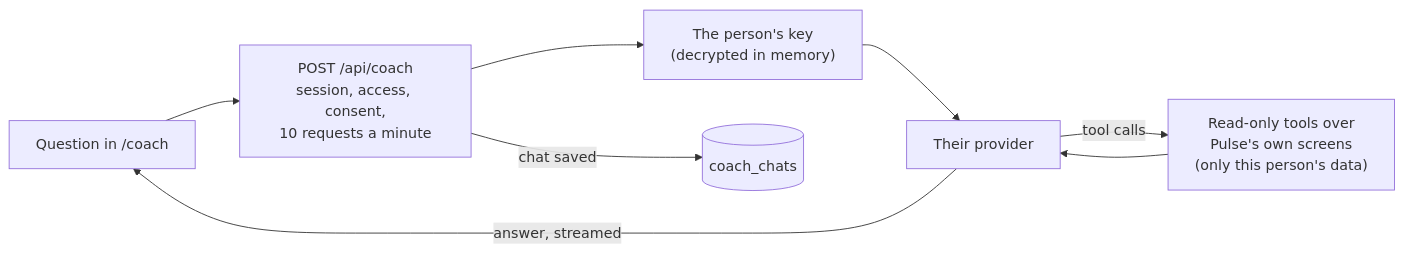
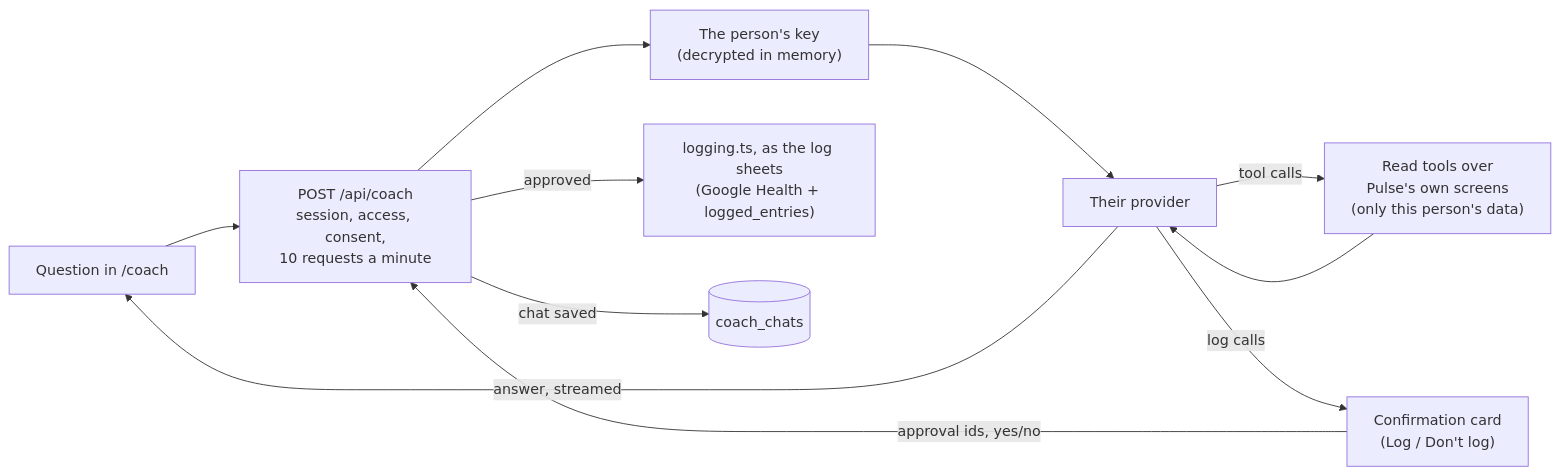
The third of 3 diagrams in docs/technical-details.md (Ajamuar/pulse), drawn with Mermaid before and after one commit. The commit also changed other lines of this file and 23 other files, not shown here.

````diff
--- a/docs/technical-details.md
+++ b/docs/technical-details.md
@@ -66,10 +66,13 @@
 ```mermaid
 flowchart LR
   Q["Question in /coach"] --> R["POST /api/coach<br/>session, access, consent,<br/>10 requests a minute"]
   R --> K["The person's key<br/>(decrypted in memory)"]
   K --> P["Their provider"]
-  P -- "tool calls" --> T["Read-only tools over<br/>Pulse's own screens<br/>(only this person's data)"]
+  P -- "tool calls" --> T["Read tools over<br/>Pulse's own screens<br/>(only this person's data)"]
   T --> P
+  P -- "log calls" --> C["Confirmation card<br/>(Log / Don't log)"]
+  C -- "approval ids, yes/no" --> R
+  R -- "approved" --> L["logging.ts, as the log sheets<br/>(Google Health + logged_entries)"]
   P -- "answer, streamed" --> Q
   R -- "chat saved" --> DB[("coach_chats")]
 ```
````
